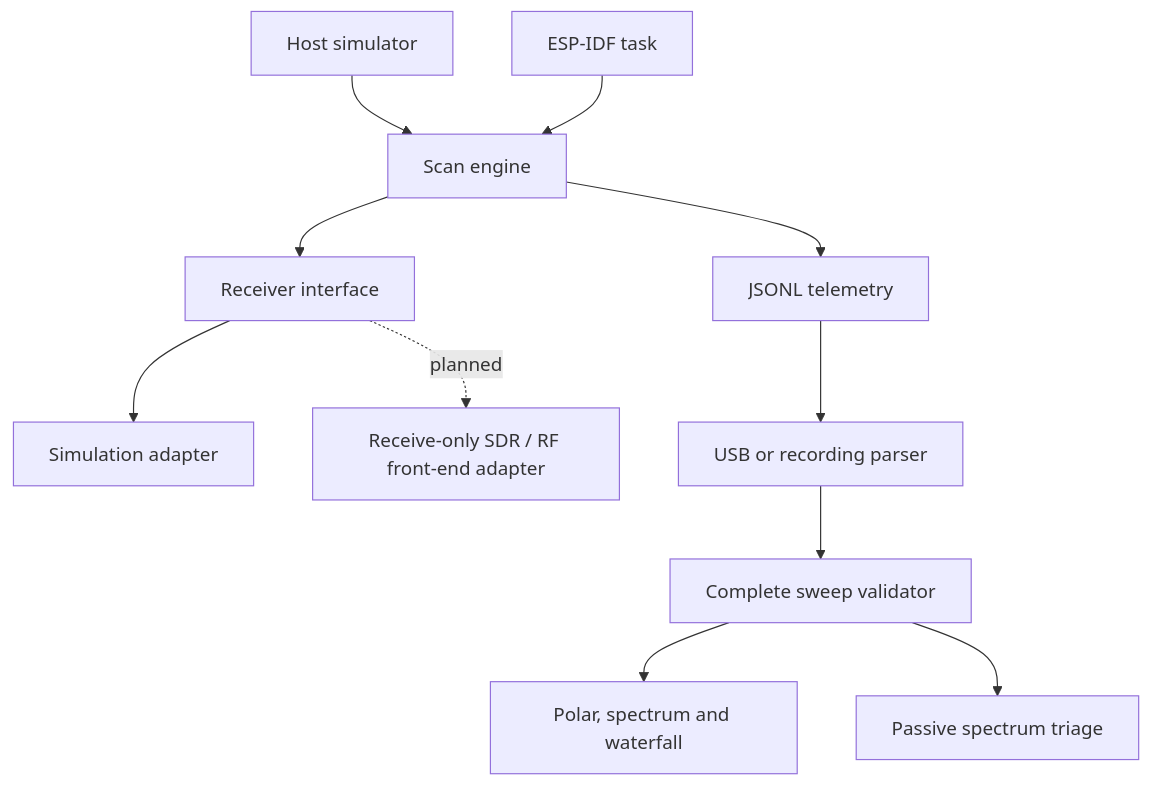
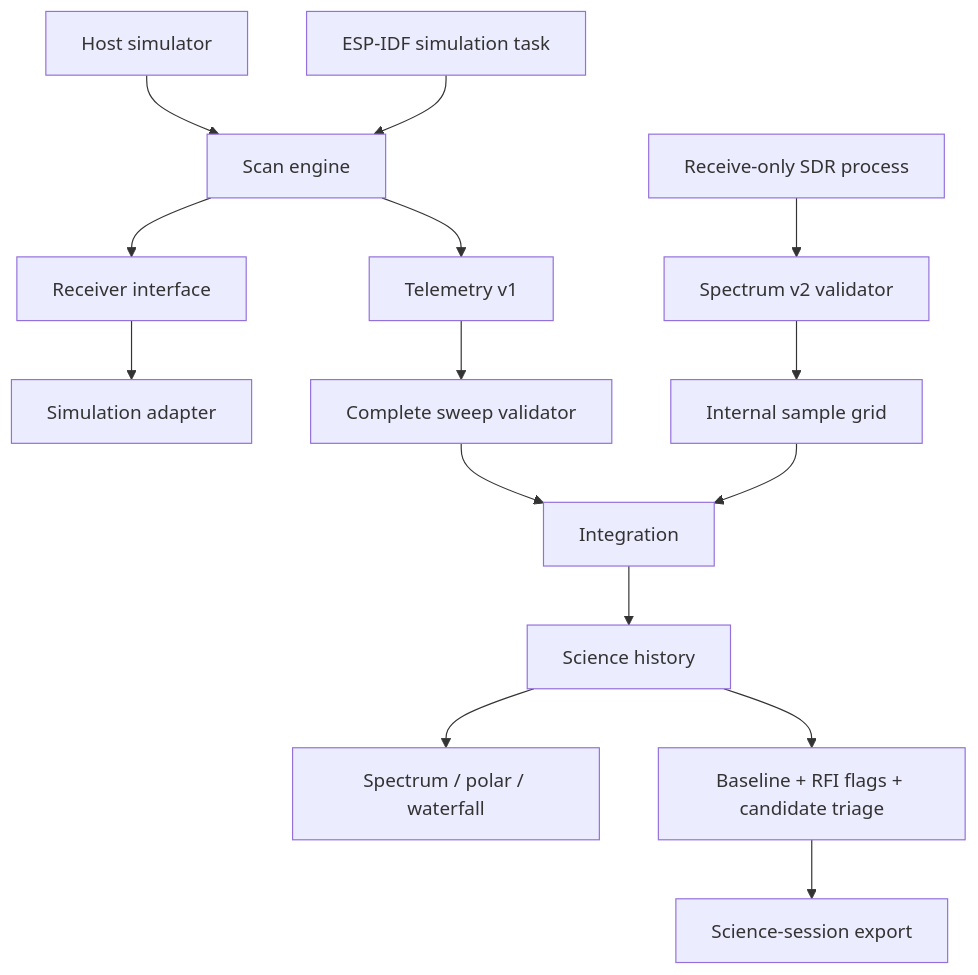
One commit to minhduchd-mds/esp32-rf-high-frequency changed the diagram in docs/architecture.md. Above: the diagram before and after it, drawn with Mermaid. The commit also changed other lines of this file and 12 other files, not shown here.

````diff
--- a/docs/architecture.md
+++ b/docs/architecture.md
@@ -7,13 +7,17 @@
 ```mermaid
 flowchart TD
   A[Host simulator] --> C[Scan engine]
-  B[ESP-IDF task] --> C
+  B[ESP-IDF simulation task] --> C
   C --> D[Receiver interface]
   D --> E[Simulation adapter]
-  D -. planned .-> J[Receive-only SDR / RF front-end adapter]
-  C --> F[JSONL telemetry]
-  F --> G[USB or recording parser]
-  G --> H[Complete sweep validator]
-  H --> I[Polar, spectrum and waterfall]
-  H --> K[Passive spectrum triage]
+  R[Receive-only SDR process] --> S[Spectrum v2 validator]
+  S --> T[Internal sample grid]
+  C --> F[Telemetry v1]
+  F --> G[Complete sweep validator]
+  T --> P[Integration]
+  G --> P
+  P --> H[Science history]
+  H --> I[Spectrum / polar / waterfall]
+  H --> K[Baseline + RFI flags + candidate triage]
+  K --> X[Science-session export]
 ```
````
